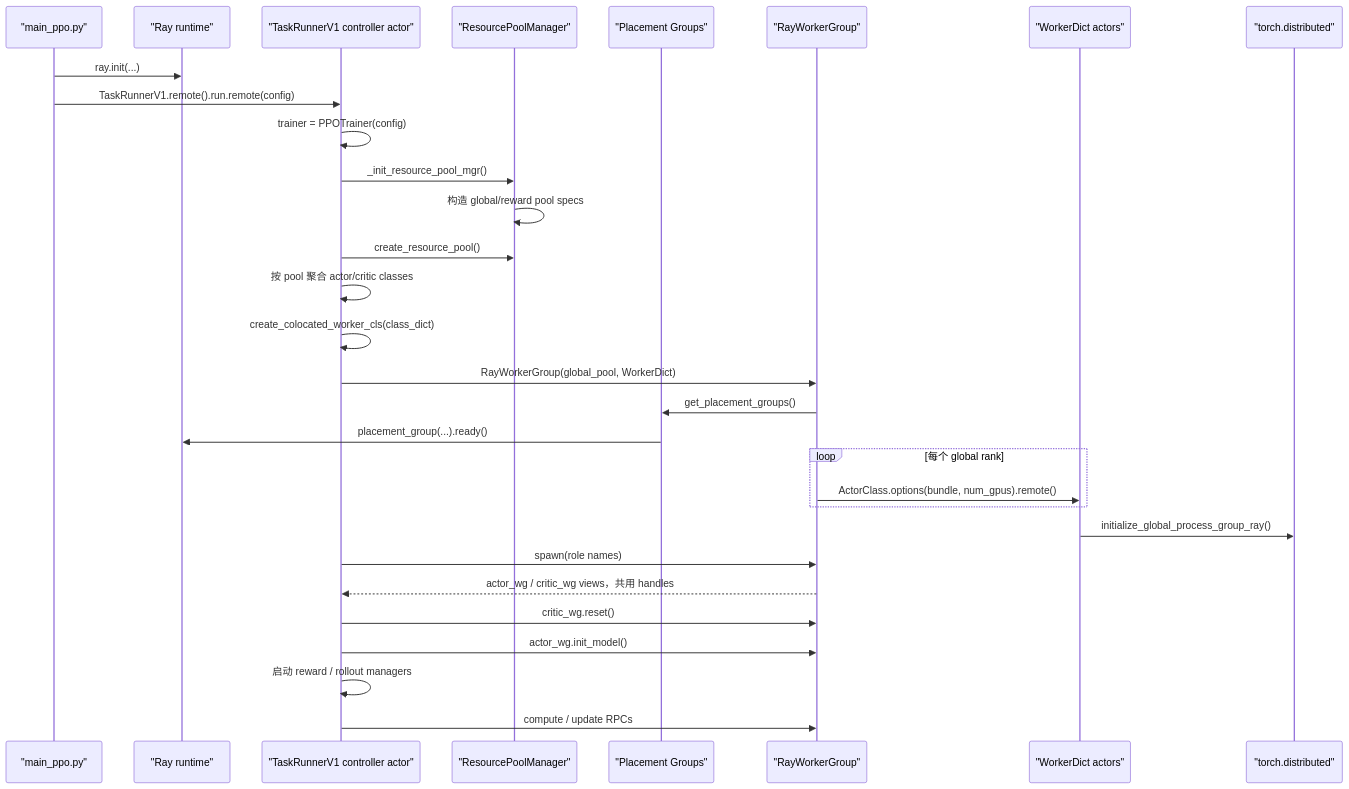
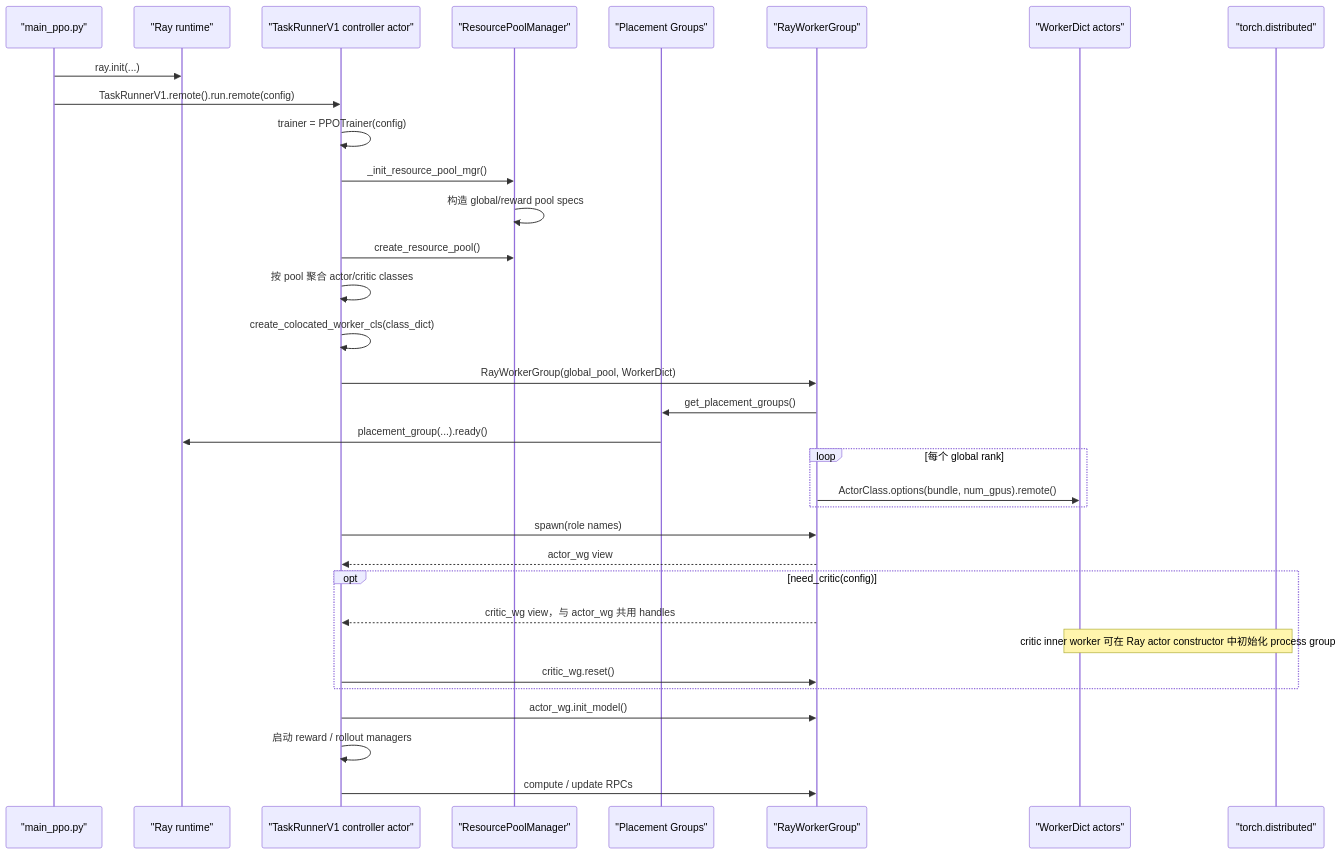
The sixth of 6 diagrams in docs-site/content/05_ray_controller_and_workers.md (BiboyQG/learn-verl), drawn with Mermaid before and after one commit. The commit also changed other lines of this file and 16 other files, not shown here.

````diff
--- a/docs-site/content/05_ray_controller_and_workers.md
+++ b/docs-site/content/05_ray_controller_and_workers.md
@@ -943,33 +952,36 @@
 ```mermaid
 sequenceDiagram
     participant M as "main_ppo.py"
     participant Ray as "Ray runtime"
     participant C as "TaskRunnerV1 controller actor"
     participant RPM as "ResourcePoolManager"
     participant PG as "Placement Groups"
     participant WG as "RayWorkerGroup"
     participant W as "WorkerDict actors"
     participant TD as "torch.distributed"
 
     M->>Ray: ray.init(...)
     M->>C: TaskRunnerV1.remote().run.remote(config)
     C->>C: trainer = PPOTrainer(config)
     C->>RPM: _init_resource_pool_mgr()
     RPM->>RPM: 构造 global/reward pool specs
     C->>RPM: create_resource_pool()
     C->>C: 按 pool 聚合 actor/critic classes
     C->>C: create_colocated_worker_cls(class_dict)
     C->>WG: RayWorkerGroup(global_pool, WorkerDict)
     WG->>PG: get_placement_groups()
     PG->>Ray: placement_group(...).ready()
     loop 每个 global rank
         WG->>W: ActorClass.options(bundle, num_gpus).remote()
     end
-    W->>TD: initialize_global_process_group_ray()
     C->>WG: spawn(role names)
-    WG-->>C: actor_wg / critic_wg views，共用 handles
-    C->>WG: critic_wg.reset()
+    WG-->>C: actor_wg view
+    opt need_critic(config)
+        WG-->>C: critic_wg view，与 actor_wg 共用 handles
+        Note over W,TD: critic inner worker 可在 Ray actor constructor 中初始化 process group
+        C->>WG: critic_wg.reset()
+    end
     C->>WG: actor_wg.init_model()
     C->>C: 启动 reward / rollout managers
     C->>WG: compute / update RPCs
 ```
````
